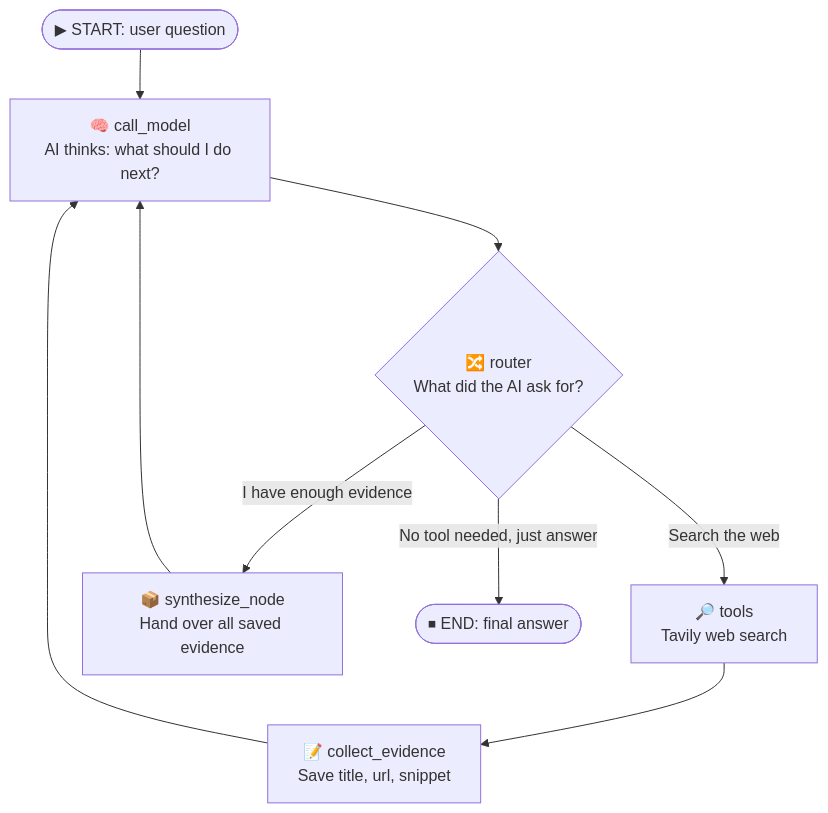
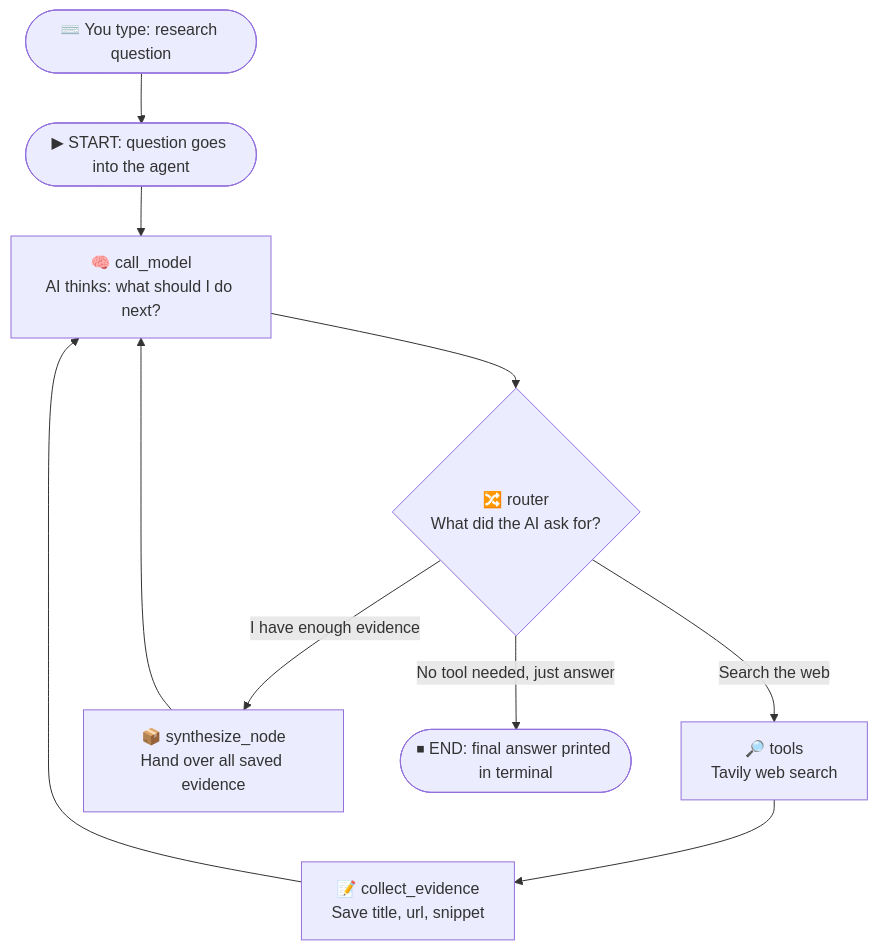
The diagram in README.md (samudra3/Python-Research-Assistant), drawn with Mermaid before and after one commit. The commit also changed other lines of this file, not shown here.

````diff
--- a/README.md
+++ b/README.md
@@ -59,11 +133,12 @@
 ```mermaid
 flowchart TD
-    A([▶ START: user question]) --> B[🧠 call_model<br/>AI thinks: what should I do next?]
+    Z([⌨️ You type: research question]) --> A([▶ START: question goes into the agent])
+    A --> B[🧠 call_model<br/>AI thinks: what should I do next?]
     B --> C{🔀 router<br/>What did the AI ask for?}
     C -- "Search the web" --> D[🔎 tools<br/>Tavily web search]
     D --> E[📝 collect_evidence<br/>Save title, url, snippet]
     E --> B
     C -- "I have enough evidence" --> F[📦 synthesize_node<br/>Hand over all saved evidence]
     F --> B
-    C -- "No tool needed, just answer" --> G([⏹ END: final answer])
+    C -- "No tool needed, just answer" --> G([⏹ END: final answer printed in terminal])
 ```
````
